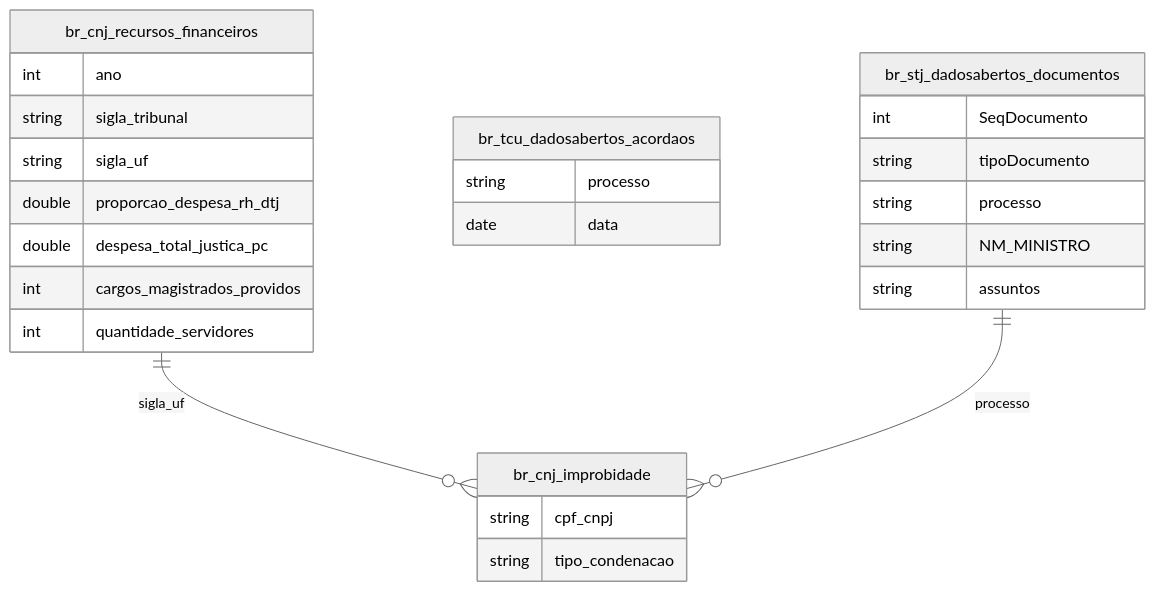
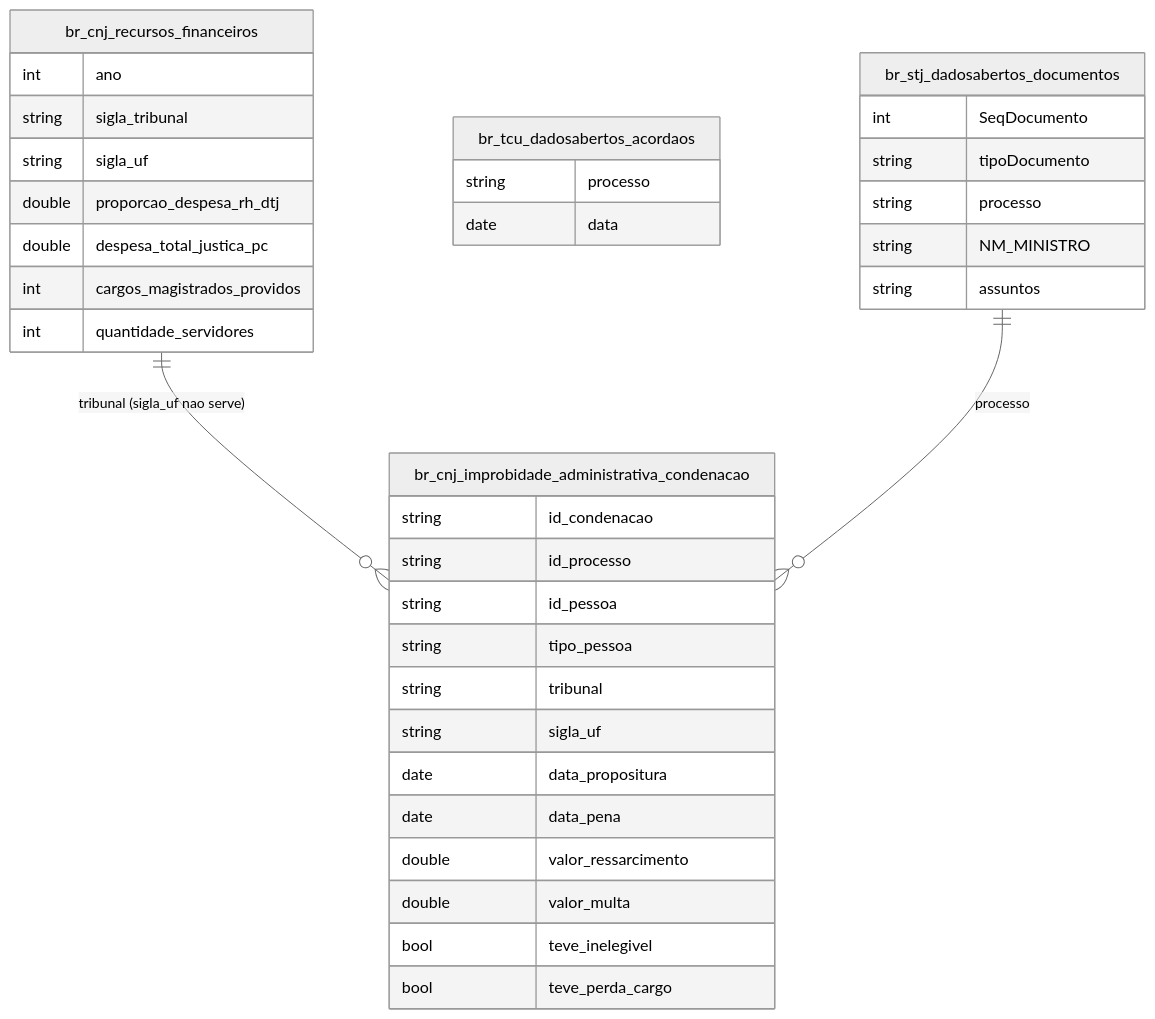
Before and after one commit to rafapolo/rodado: the diagram in docs/mapa/overview/39_justica_tribunais.md, drawn with Mermaid (neutral theme). The commit also changed other lines of this file and 135 other files, not shown here.

````diff
--- a/docs/mapa/overview/39_justica_tribunais.md
+++ b/docs/mapa/overview/39_justica_tribunais.md
@@ -2,23 +2,23 @@
 ```mermaid
 erDiagram
     br_cnj_recursos_financeiros {
         int ano
         string sigla_tribunal
         string sigla_uf
         double proporcao_despesa_rh_dtj
         double despesa_total_justica_pc
         int cargos_magistrados_providos
         int quantidade_servidores
     }
-    br_cnj_improbidade { string cpf_cnpj string tipo_condenacao }
+    br_cnj_improbidade_administrativa_condenacao { string id_condenacao string id_processo string id_pessoa string tipo_pessoa string tribunal string sigla_uf date data_propositura date data_pena double valor_ressarcimento double valor_multa bool teve_inelegivel bool teve_perda_cargo }
     br_tcu_dadosabertos_acordaos { string processo date data }
     br_stj_dadosabertos_documentos {
         int SeqDocumento
         string tipoDocumento
         string processo
         string NM_MINISTRO
         string assuntos
     }
-    br_cnj_recursos_financeiros ||--o{ br_cnj_improbidade : "sigla_uf"
-    br_stj_dadosabertos_documentos ||--o{ br_cnj_improbidade : "processo"
+    br_cnj_recursos_financeiros ||--o{ br_cnj_improbidade_administrativa_condenacao : "tribunal (sigla_uf nao serve)"
+    br_stj_dadosabertos_documentos ||--o{ br_cnj_improbidade_administrativa_condenacao : "processo"
 ```
````
